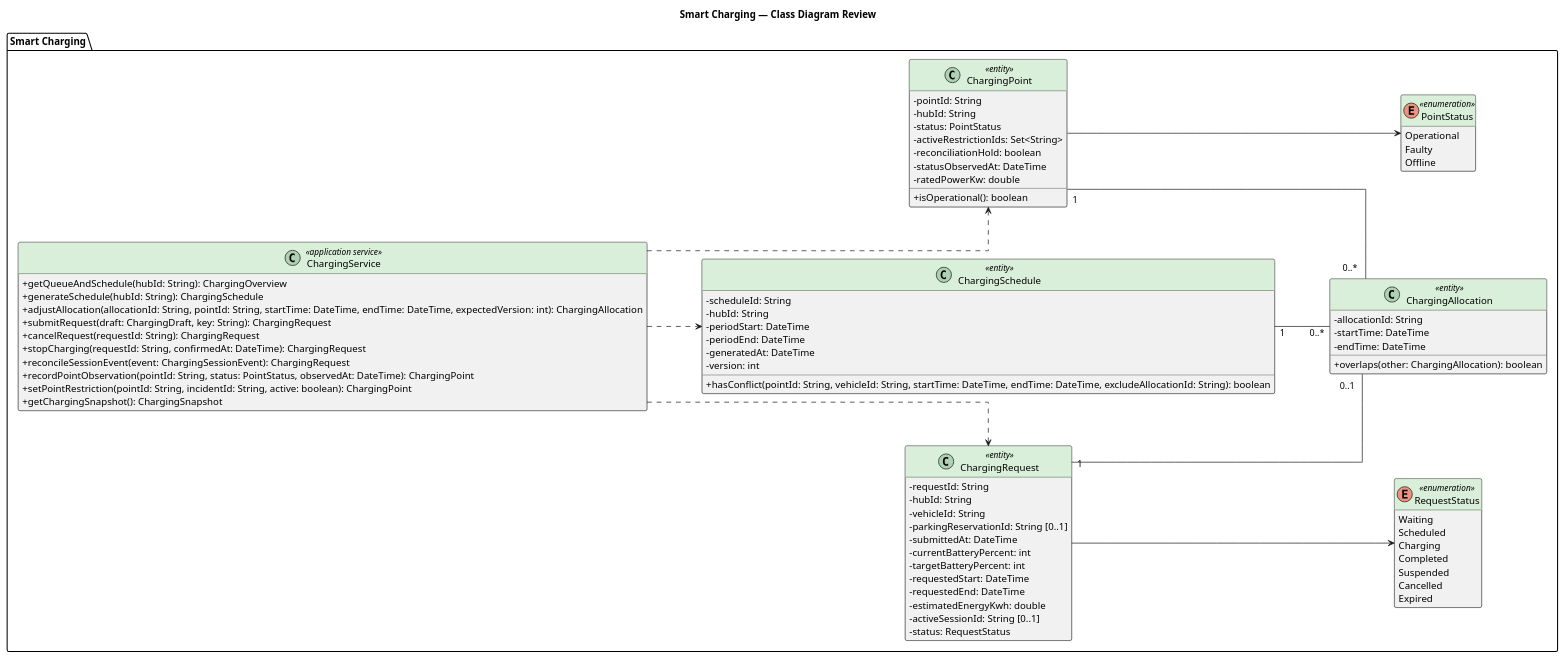
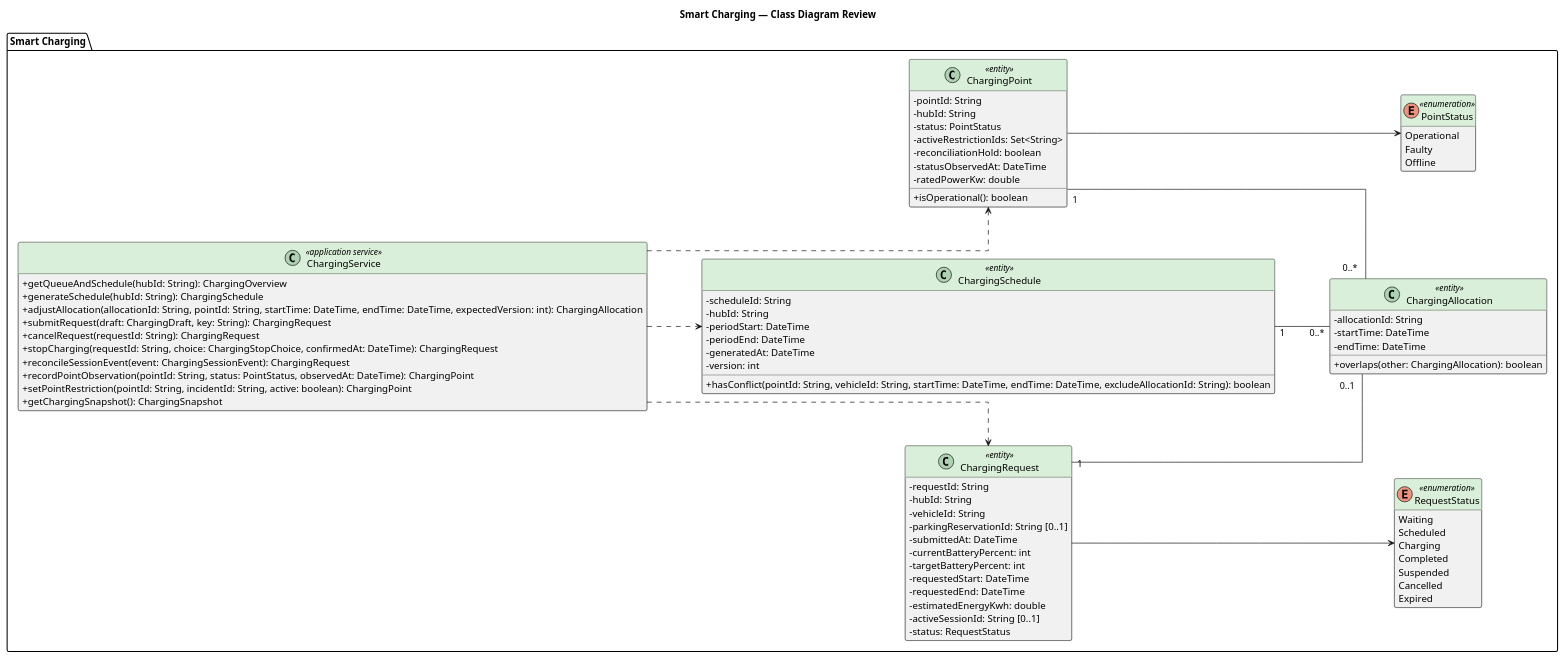
One commit to thanhpham1108/smart-e-mobility-hub changed the diagram in docs/submission-3/class-diagram/smart-charging/05-smart-charging.puml. Above: the diagram before and after it, drawn with PlantUML. The commit also changed 27 other files, not shown here.

```diff
--- a/docs/submission-3/class-diagram/smart-charging/05-smart-charging.puml
+++ b/docs/submission-3/class-diagram/smart-charging/05-smart-charging.puml
@@ -1,94 +1,94 @@
 @startuml 05-smart-charging-review
 title Smart Charging — Class Diagram Review
 left to right direction
 skinparam shadowing false
 skinparam classAttributeIconSize 0
 skinparam classHeaderBackgroundColor #D9EFD9
 skinparam linetype ortho
 skinparam nodesep 75
 skinparam ranksep 80
 hide empty members
 
 package "Smart Charging" {
   class ChargingService <<application service>> {
     + getQueueAndSchedule(hubId: String): ChargingOverview
     + generateSchedule(hubId: String): ChargingSchedule
     + adjustAllocation(allocationId: String, pointId: String, startTime: DateTime, endTime: DateTime, expectedVersion: int): ChargingAllocation
     + submitRequest(draft: ChargingDraft, key: String): ChargingRequest
     + cancelRequest(requestId: String): ChargingRequest
-    + stopCharging(requestId: String, confirmedAt: DateTime): ChargingRequest
+    + stopCharging(requestId: String, choice: ChargingStopChoice, confirmedAt: DateTime): ChargingRequest
     + reconcileSessionEvent(event: ChargingSessionEvent): ChargingRequest
     + recordPointObservation(pointId: String, status: PointStatus, observedAt: DateTime): ChargingPoint
     + setPointRestriction(pointId: String, incidentId: String, active: boolean): ChargingPoint
     + getChargingSnapshot(): ChargingSnapshot
   }
 
   class ChargingRequest <<entity>> {
     - requestId: String
     - hubId: String
     - vehicleId: String
     - parkingReservationId: String [0..1]
     - submittedAt: DateTime
     - currentBatteryPercent: int
     - targetBatteryPercent: int
     - requestedStart: DateTime
     - requestedEnd: DateTime
     - estimatedEnergyKwh: double
     - activeSessionId: String [0..1]
     - status: RequestStatus
   }
 
   class ChargingSchedule <<entity>> {
     - scheduleId: String
     - hubId: String
     - periodStart: DateTime
     - periodEnd: DateTime
     - generatedAt: DateTime
     - version: int
     + hasConflict(pointId: String, vehicleId: String, startTime: DateTime, endTime: DateTime, excludeAllocationId: String): boolean
   }
 
   class ChargingAllocation <<entity>> {
     - allocationId: String
     - startTime: DateTime
     - endTime: DateTime
     + overlaps(other: ChargingAllocation): boolean
   }
 
   class ChargingPoint <<entity>> {
     - pointId: String
     - hubId: String
     - status: PointStatus
     - activeRestrictionIds: Set<String>
     - reconciliationHold: boolean
     - statusObservedAt: DateTime
     - ratedPowerKw: double
     + isOperational(): boolean
   }
 
   enum RequestStatus <<enumeration>> {
     Waiting
     Scheduled
     Charging
     Completed
     Suspended
     Cancelled
     Expired
   }
 
   enum PointStatus <<enumeration>> {
     Operational
     Faulty
     Offline
   }
 }
 
 ChargingSchedule "1" -- "0..*" ChargingAllocation
 ChargingRequest "1" -- "0..1" ChargingAllocation
 ChargingPoint "1" -- "0..*" ChargingAllocation
 ChargingService ..> ChargingRequest
 ChargingService ..> ChargingSchedule
 ChargingService ..> ChargingPoint
 ChargingRequest --> RequestStatus
 ChargingPoint --> PointStatus
 @enduml
```
